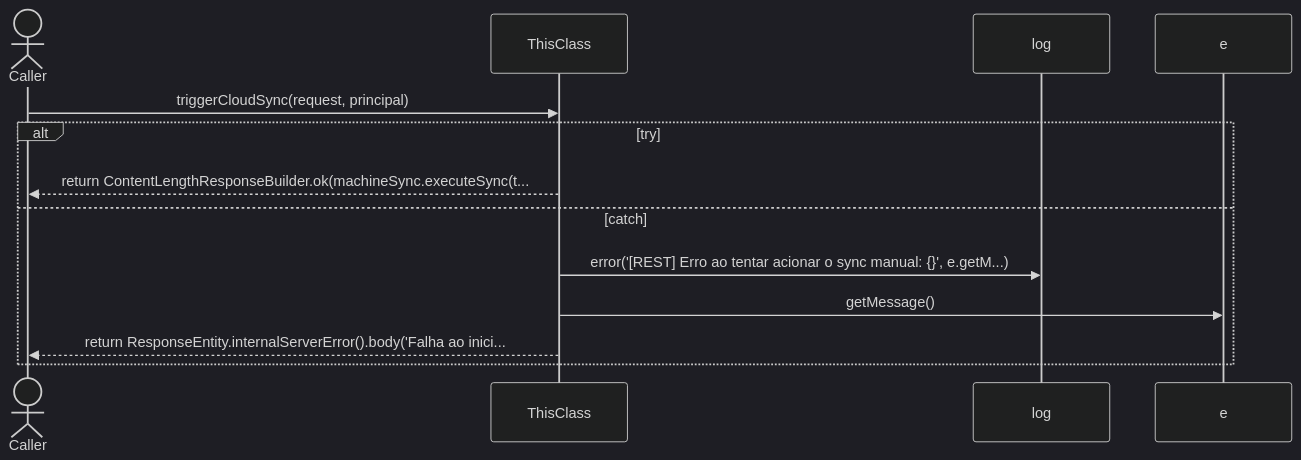
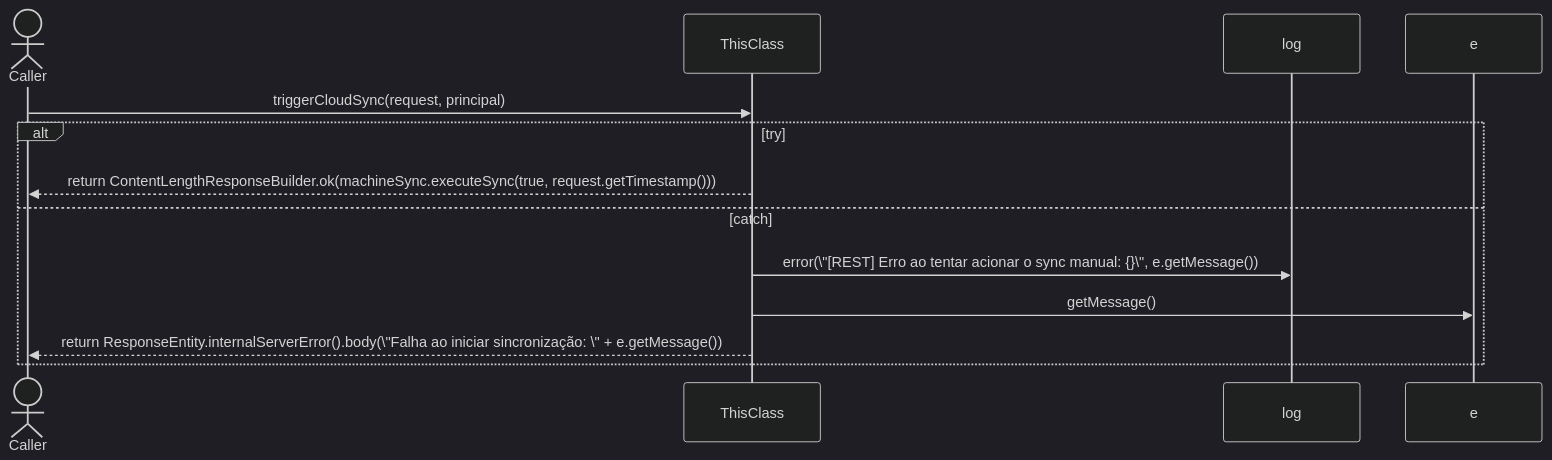
The sixth of 6 diagrams in docs/BoatSyncController.md (FelipeMCassiano/geanky), drawn with Mermaid (dark theme) before and after one commit. The commit also changed other lines of this file and 6 other files, not shown here.

````diff
--- a/docs/BoatSyncController.md
+++ b/docs/BoatSyncController.md
@@ -257,17 +257,17 @@
 ```mermaid
 sequenceDiagram
     actor Caller
     participant ThisClass
     participant log
     participant e
 
     Caller->>ThisClass: triggerCloudSync(request, principal)
     alt try
-    ThisClass-->>Caller: return ContentLengthResponseBuilder.ok(machineSync.executeSync(t...
+    ThisClass-->>Caller: return ContentLengthResponseBuilder.ok(machineSync.executeSync(true, request.getTimestamp()))
     else catch 
-    ThisClass->>log: error('[REST] Erro ao tentar acionar o sync manual: {}', e.getM...)
+    ThisClass->>log: error(\"[REST] Erro ao tentar acionar o sync manual: {}\", e.getMessage())
     ThisClass->>e: getMessage()
-    ThisClass-->>Caller: return ResponseEntity.internalServerError().body('Falha ao inici...
+    ThisClass-->>Caller: return ResponseEntity.internalServerError().body(\"Falha ao iniciar sincronização: \" + e.getMessage())
     end
 
 ```
````
